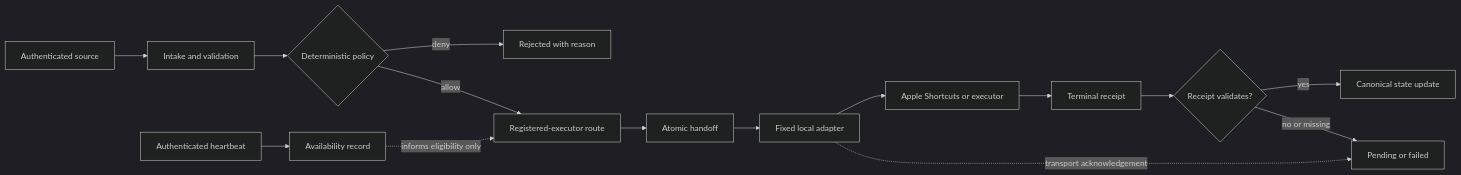
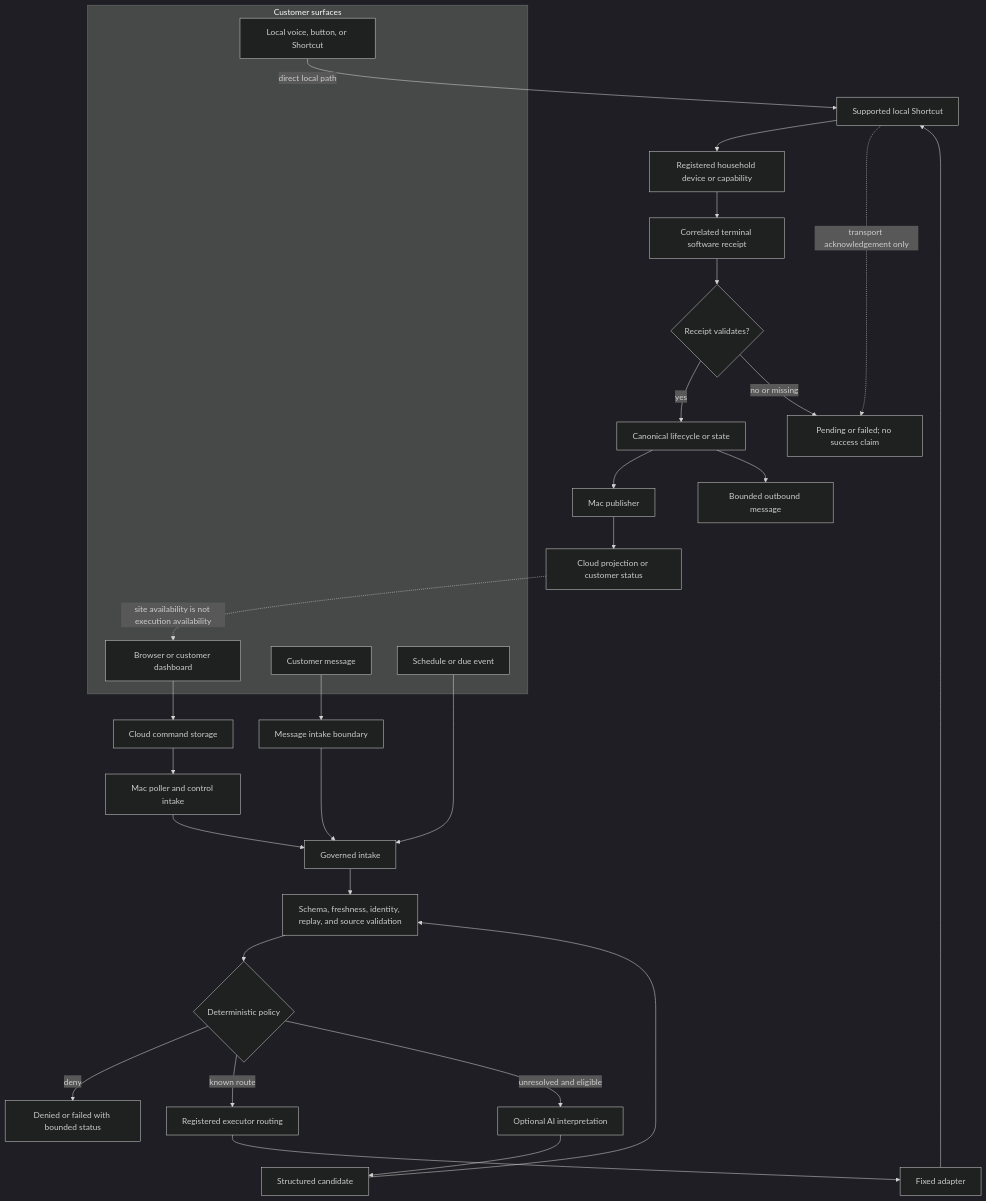
One commit to sidneyjacksoniii/Geoffrey-Runtime changed the diagram in docs/jackson-west/architecture.md. Above: the diagram before and after it, drawn with Mermaid (dark theme). The commit also changed other lines of this file, not shown here.

Commit message:
docs: publish reviewed runtime architecture and evidence map

````diff
--- a/docs/jackson-west/architecture.md
+++ b/docs/jackson-west/architecture.md
@@ -15,18 +22,39 @@
 ```mermaid
-flowchart LR
-  A[Authenticated source] --> B[Intake and validation]
-  B --> C{Deterministic policy}
-  C -->|deny| X[Rejected with reason]
-  C -->|allow| D[Registered-executor route]
-  D --> E[Atomic handoff]
-  E --> F[Fixed local adapter]
-  F --> G[Apple Shortcuts or executor]
-  G --> H[Terminal receipt]
-  H --> I{Receipt validates?}
-  I -->|yes| J[Canonical state update]
-  I -->|no or missing| K[Pending or failed]
+flowchart TB
+  subgraph Customer[Customer surfaces]
+    Local[Local voice, button, or Shortcut]
+    Web[Browser or customer dashboard]
+    Msg[Customer message]
+    Sched[Schedule or due event]
+  end
 
-  F -. transport acknowledgement .-> K
-  L[Authenticated heartbeat] --> M[Availability record]
-  M -. informs eligibility only .-> D
+  Local -->|direct local path| Shortcut[Supported local Shortcut]
+  Web --> Cloud[Cloud command storage]
+  Cloud --> Poller[Mac poller and control intake]
+  Msg --> Gateway[Message intake boundary]
+  Sched --> Intake[Governed intake]
+  Poller --> Intake
+  Gateway --> Intake
+
+  Intake --> Validate[Schema, freshness, identity, replay, and source validation]
+  Validate --> Policy{Deterministic policy}
+  Policy -->|deny| Denied[Denied or failed with bounded status]
+  Policy -->|known route| Router[Registered executor routing]
+  Policy -->|unresolved and eligible| AI[Optional AI interpretation]
+  AI --> Candidate[Structured candidate]
+  Candidate --> Validate
+
+  Router --> Adapter[Fixed adapter]
+  Adapter --> Shortcut
+  Shortcut --> Device[Registered household device or capability]
+  Device --> Receipt[Correlated terminal software receipt]
+  Receipt --> ReceiptCheck{Receipt validates?}
+  ReceiptCheck -->|yes| State[Canonical lifecycle or state]
+  ReceiptCheck -->|no or missing| Pending[Pending or failed; no success claim]
+  State --> Publisher[Mac publisher]
+  Publisher --> Projection[Cloud projection or customer status]
+  State --> Outbound[Bounded outbound message]
+
+  Shortcut -. transport acknowledgement only .-> Pending
+  Projection -. site availability is not execution availability .-> Web
 ```
````
